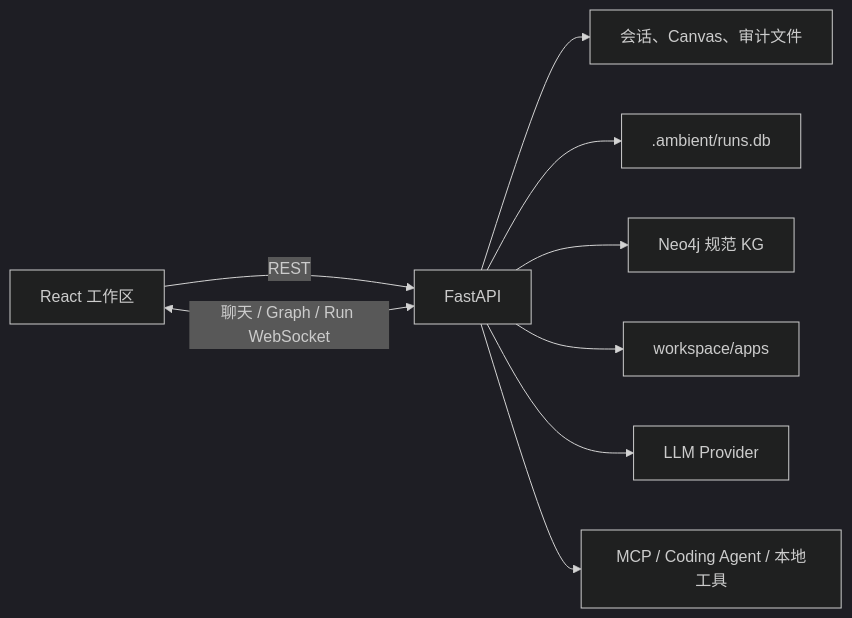
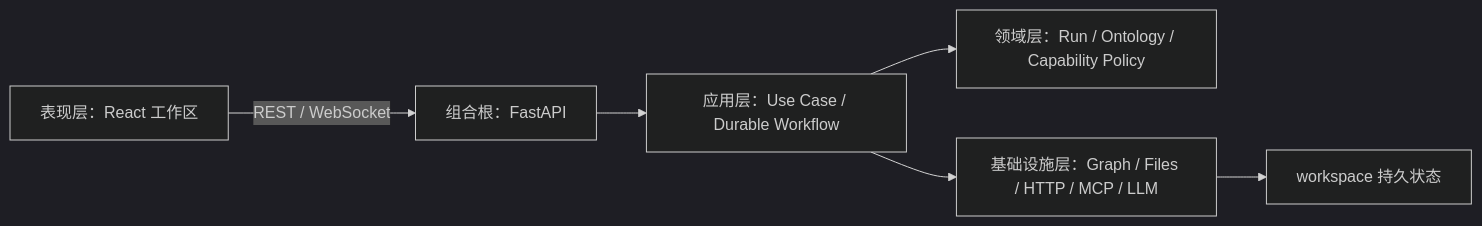
The diagram in docs/architecture/overview.md (BillShiyaoZhang/ambient-agent), drawn with Mermaid (dark theme) before and after one commit. The commit also changed other lines of this file and 97 other files, not shown here.

````diff
--- a/docs/architecture/overview.md
+++ b/docs/architecture/overview.md
@@ -5,11 +5,8 @@
 ```mermaid
 flowchart LR
-    Browser[React 工作区] -->|REST| API[FastAPI]
-    Browser <-->|聊天 / Graph / Run WebSocket| API
-    API --> Workspace[会话、Canvas、审计文件]
-    API --> RunStore[.ambient/runs.db]
-    API --> Graph[Neo4j 规范 KG]
-    API --> Apps[workspace/apps]
-    API --> LLM[LLM Provider]
-    API --> External[MCP / Coding Agent / 本地工具]
+    Browser[表现层：React 工作区] -->|REST / WebSocket| API[组合根：FastAPI]
+    API --> Workflow[应用层：Use Case / Durable Workflow]
+    Workflow --> Domain[领域层：Run / Ontology / Capability Policy]
+    Workflow --> Infra[基础设施层：Graph / Files / HTTP / MCP / LLM]
+    Infra --> Workspace[workspace 持久状态]
 ```
````
